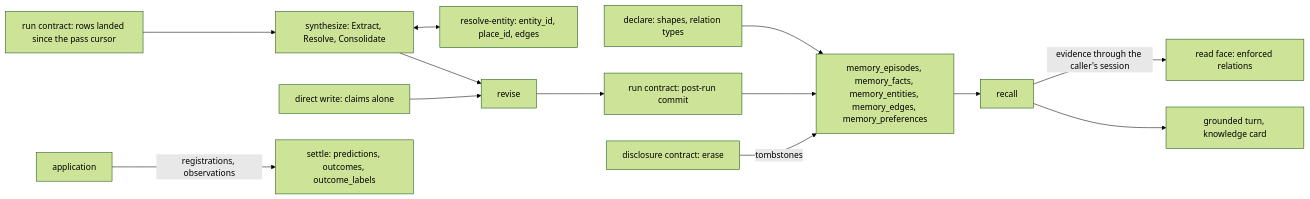
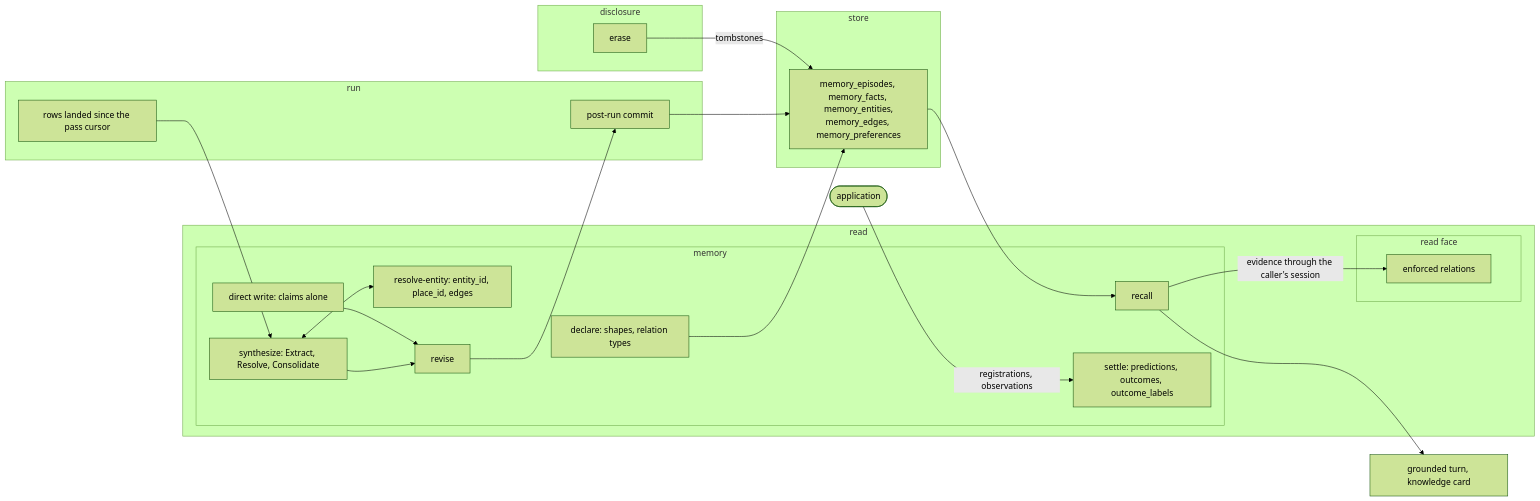
Before and after one commit to fractalboxdev/contextful: the first of 4 diagrams in spec/21-memory.md, drawn with Mermaid (forest theme). The commit also changed other lines of this file and 33 other files, not shown here.

Commit message:
spec: diagrams draw contracts, parties and trust zones as containers; a node standing for one is refused

````diff
--- a/spec/21-memory.md
+++ b/spec/21-memory.md
@@ -21,15 +21,46 @@
 ```mermaid
 flowchart LR
-  ROWS["run contract: rows landed since the pass cursor"] --> SYN["synthesize: Extract, Resolve, Consolidate"]
-  SYN <--> RES["resolve-entity: entity_id, place_id, edges"]
-  SYN --> REV["revise"]
-  DW["direct write: claims alone"] --> REV
-  REV --> COMMIT["run contract: post-run commit"]
-  DECL["declare: shapes, relation types"] --> TBL
-  COMMIT --> TBL["memory_episodes, memory_facts, memory_entities, memory_edges, memory_preferences"]
-  ERASE["disclosure contract: erase"] -- "tombstones" --> TBL
-  TBL --> REC["recall"]
-  REC -- "evidence through the caller's session" --> READ["read face: enforced relations"]
-  REC --> ANS["grounded turn, knowledge card"]
-  APP["application"] -- "registrations, observations" --> SET["settle: predictions, outcomes, outcome_labels"]
+  APP(["application"])
+  ANS["grounded turn, knowledge card"]
+
+  subgraph RUNC["run"]
+    ROWS["rows landed since the pass cursor"]
+    COMMIT["post-run commit"]
+  end
+
+  subgraph READC["read"]
+    subgraph MEMO["memory"]
+      DECL["declare: shapes, relation types"]
+      SYN["synthesize: Extract, Resolve, Consolidate"]
+      RES["resolve-entity: entity_id, place_id, edges"]
+      DW["direct write: claims alone"]
+      REV["revise"]
+      REC["recall"]
+      SET["settle: predictions, outcomes, outcome_labels"]
+    end
+    subgraph FACE["read face"]
+      READ["enforced relations"]
+    end
+  end
+
+  subgraph STOREC["store"]
+    TBL["memory_episodes, memory_facts, memory_entities,<br/>memory_edges, memory_preferences"]
+  end
+
+  subgraph DISC["disclosure"]
+    ERASE["erase"]
+  end
+
+  ROWS --> SYN
+  SYN <--> RES
+  SYN --> REV
+  DW --> REV
+  REV --> COMMIT
+  DECL --> TBL
+  COMMIT --> TBL
+  ERASE -- "tombstones" --> TBL
+  TBL --> REC
+  REC -- "evidence through the caller's session" --> READ
+  REC --> ANS
+  APP -- "registrations, observations" --> SET
 ```
````
